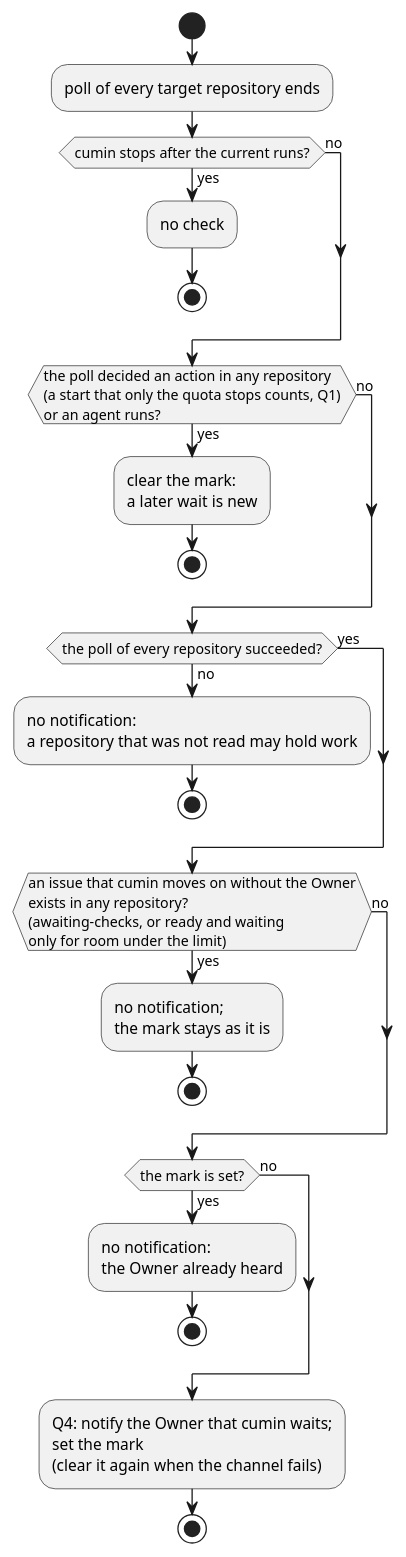
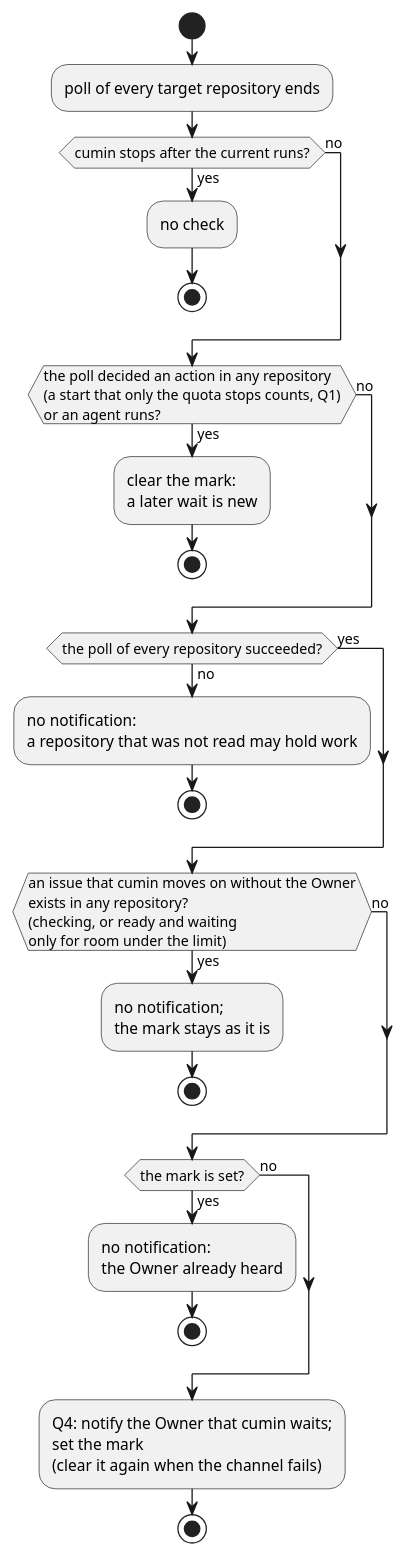
The diagram in docs/ja/designs/quota-waiting.puml (cloveclovedev/cumin-works), drawn with PlantUML before and after one commit. The commit also changed 56 other files, not shown here.

```diff
--- a/docs/ja/designs/quota-waiting.puml
+++ b/docs/ja/designs/quota-waiting.puml
@@ -1,37 +1,37 @@
 @startuml quota-waiting
 ' cumin works - the waiting check after a poll (Q4).
 ' Document: quota.md, section on how cumin avoids a repeated notification.
 ' Render: run scripts/render-diagrams.sh at the root of the repository.
 skinparam shadowing false
 skinparam defaultFontName sans-serif
 
 start
 :poll of every target repository ends;
 if (cumin stops after the current runs?) then (yes)
   :no check;
   stop
 else (no)
 endif
 if (the poll decided an action in any repository\n(a start that only the quota stops counts, Q1)\nor an agent runs?) then (yes)
   :clear the mark:\na later wait is new;
   stop
 else (no)
 endif
 if (the poll of every repository succeeded?) then (no)
   :no notification:\na repository that was not read may hold work;
   stop
 else (yes)
 endif
-if (an issue that cumin moves on without the Owner\nexists in any repository?\n(awaiting-checks, or ready and waiting\nonly for room under the limit)) then (yes)
+if (an issue that cumin moves on without the Owner\nexists in any repository?\n(checking, or ready and waiting\nonly for room under the limit)) then (yes)
   :no notification;\nthe mark stays as it is;
   stop
 else (no)
 endif
 if (the mark is set?) then (yes)
   :no notification:\nthe Owner already heard;
   stop
 else (no)
 endif
 :Q4: notify the Owner that cumin waits;\nset the mark\n(clear it again when the channel fails);
 stop
 @enduml
```
